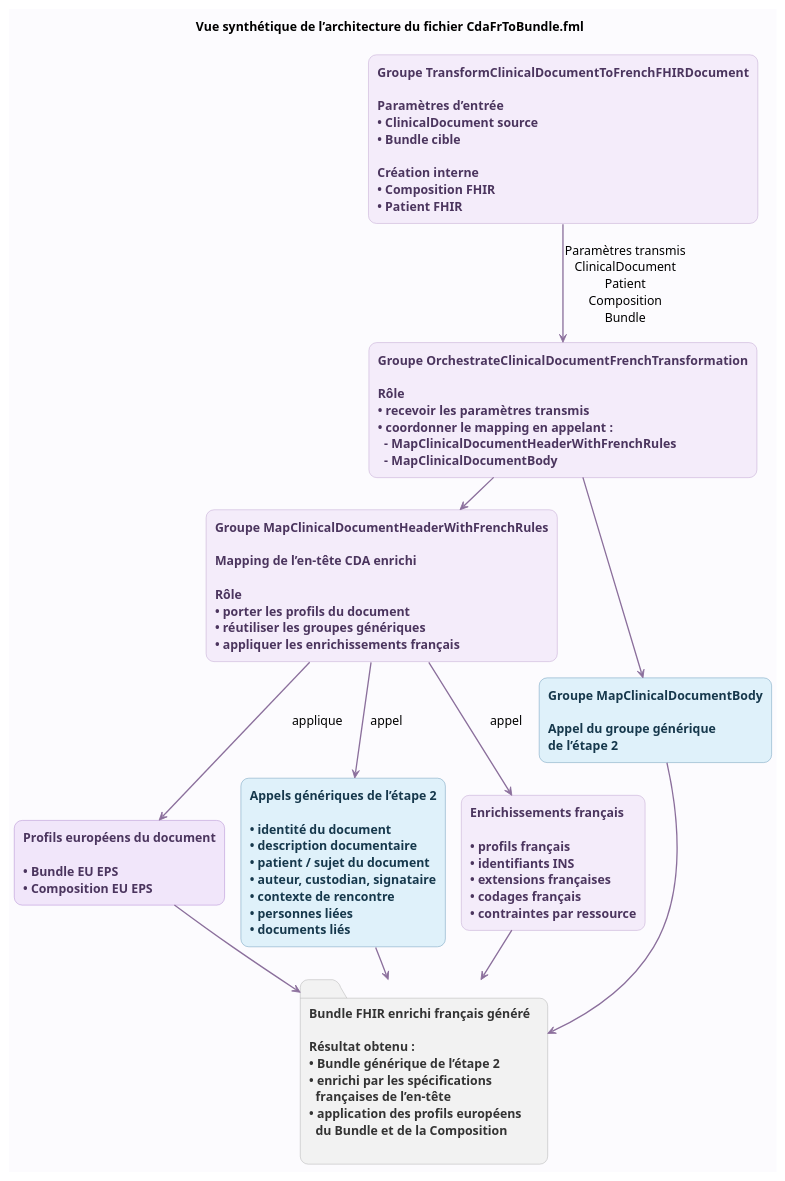
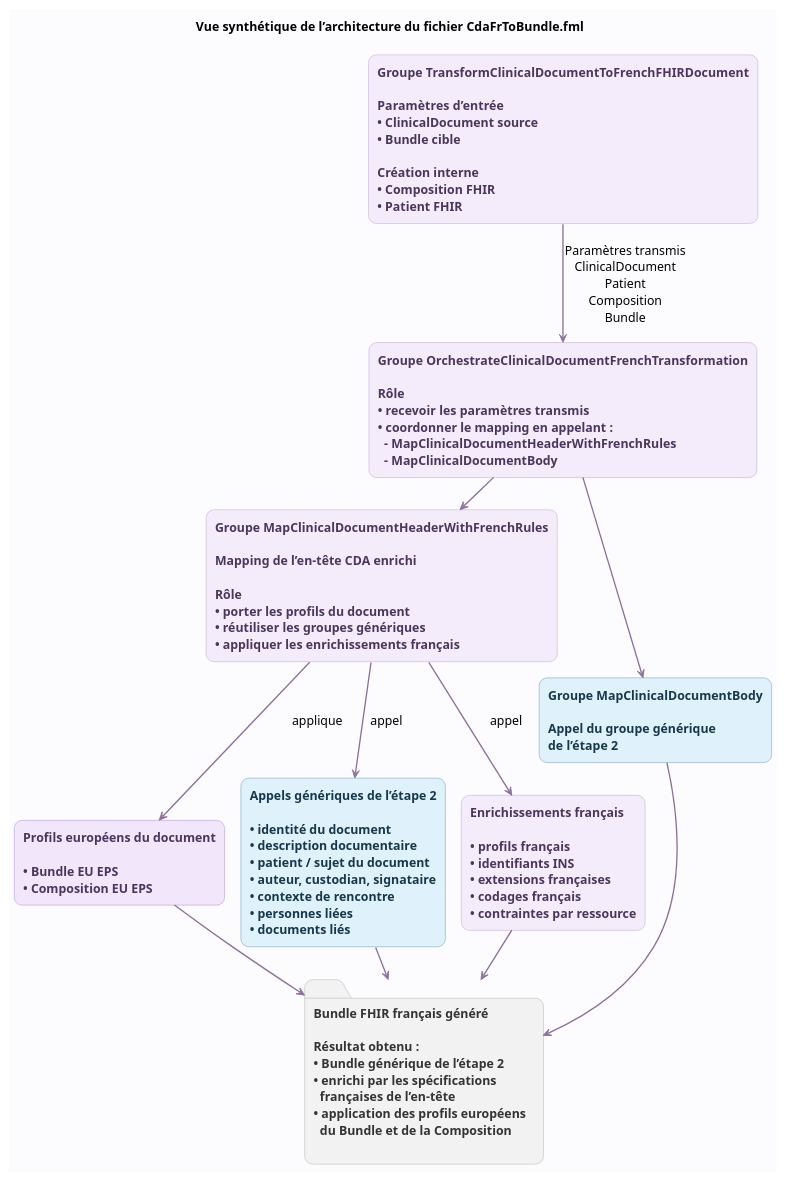
The diagram in input/images-source/schema-etape3.plantuml (ansforge/IG-mapping-cda-fhir), drawn with PlantUML before and after one commit.

Commit message:
Rename output folder for French FHIR bundle

```diff
--- a/input/images-source/schema-etape3.plantuml
+++ b/input/images-source/schema-etape3.plantuml
@@ -1,89 +1,89 @@
 @startuml
 !pragma layout smetana
 
 title Vue synthétique de l’architecture du fichier CdaFrToBundle.fml
 
 hide stereotype
 
 skinparam backgroundColor #FCFBFE
 skinparam shadowing false
 skinparam defaultFontName Arial
 skinparam defaultFontSize 14
 skinparam ArrowColor #8B6F9C
 skinparam ArrowThickness 1.5
 skinparam roundcorner 18
 skinparam nodesep 70
 skinparam ranksep 60
 skinparam linetype polyline
 
 skinparam rectangle {
 BorderColor #B89BCB
 BackgroundColor #F4ECFA
 FontColor #4B355E
 FontStyle bold
 }
 
 skinparam rectangle<<step2>> {
 BorderColor #5A8FB0
 BackgroundColor #DFF1FA
 FontColor #16384C
 FontStyle bold
 }
 
 skinparam rectangle<<french>> {
 BorderColor #B89BCB
 BackgroundColor #F4ECFA
 FontColor #4B355E
 FontStyle bold
 }
 
 skinparam rectangle<<europe>> {
 BorderColor #A67BCB
 BackgroundColor #F1E6FA
 FontColor #4B355E
 FontStyle bold
 }
 
 skinparam folder<<output>> {
 BorderColor #A8A8A8
 BackgroundColor #F2F2F2
 FontColor #333333
 FontStyle bold
 }
 
 top to bottom direction
 
 rectangle "Groupe TransformClinicalDocumentToFrenchFHIRDocument\n\nParamètres d’entrée\n• ClinicalDocument source\n• Bundle cible\n\nCréation interne\n• Composition FHIR\n• Patient FHIR" as Start <<french>>
 
 rectangle "Groupe OrchestrateClinicalDocumentFrenchTransformation\n\nRôle\n• recevoir les paramètres transmis\n• coordonner le mapping en appelant :\n  - MapClinicalDocumentHeaderWithFrenchRules\n  - MapClinicalDocumentBody" as Orchestrate <<french>>
 
 together {
 rectangle "Groupe MapClinicalDocumentHeaderWithFrenchRules\n\nMapping de l’en-tête CDA enrichi\n\nRôle\n• porter les profils du document\n• réutiliser les groupes génériques\n• appliquer les enrichissements français" as Header <<french>>
 
 rectangle "Groupe MapClinicalDocumentBody\n\nAppel du groupe générique\nde l’étape 2" as Body <<step2>>
 }
 
 together {
 rectangle "Profils européens du document\n\n• Bundle EU EPS\n• Composition EU EPS" as EUProfiles <<europe>>
 
 rectangle "Appels génériques de l’étape 2\n\n• identité du document\n• description documentaire\n• patient / sujet du document\n• auteur, custodian, signataire\n• contexte de rencontre\n• personnes liées\n• documents liés" as GenericBase <<step2>>
 
 rectangle "Enrichissements français\n\n• profils français\n• identifiants INS\n• extensions françaises\n• codages français\n• contraintes par ressource" as FrenchRules <<french>>
 }
 
-folder "Bundle FHIR enrichi français généré\n\nRésultat obtenu :\n• Bundle générique de l’étape 2\n• enrichi par les spécifications\n  françaises de l’en-tête\n• application des profils européens\n  du Bundle et de la Composition\n" as Output <<output>>
+folder "Bundle FHIR français généré\n\nRésultat obtenu :\n• Bundle générique de l’étape 2\n• enrichi par les spécifications\n  françaises de l’en-tête\n• application des profils européens\n  du Bundle et de la Composition\n" as Output <<output>>
 Start--> Orchestrate : Paramètres transmis\nClinicalDocument\nPatient\nComposition\nBundle
 
 Orchestrate--> Header 
 Orchestrate--> Body 
 
 Header--> EUProfiles : applique
 Header--> GenericBase : appel
 Header--> FrenchRules : appel
 
 EUProfiles--> Output
 GenericBase--> Output
 FrenchRules--> Output
 Body--> Output
 
 @enduml
```
